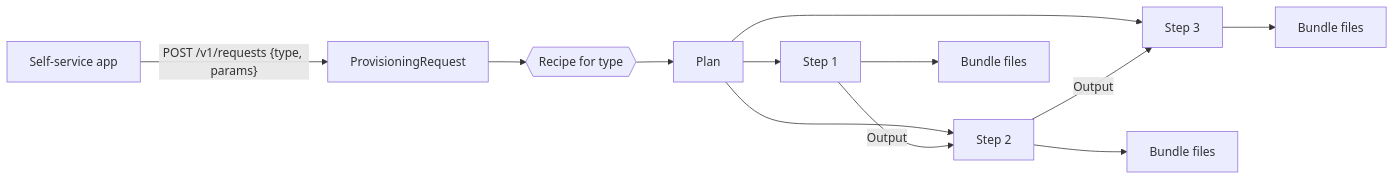
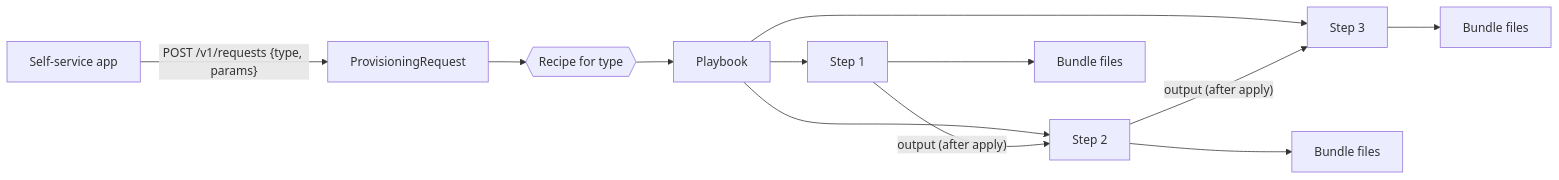
One commit to TaylorAHanson/terramate-api-wrapper changed the first of 6 diagrams in architecture.md. Above: the diagram before and after it, drawn with Mermaid. The commit also changed other lines of this file and 2 other files, not shown here.

First line of the commit message:
Restructure architecture proposal; finish Plan->Playbook rename

````diff
--- a/architecture.md
+++ b/architecture.md
@@ -60,14 +86,14 @@
 ```mermaid
 flowchart LR
   SS[Self-service app] -- "POST /v1/requests {type, params}" --> PR0[ProvisioningRequest]
   PR0 --> RC{{Recipe for type}}
-  RC --> PL[Plan]
+  RC --> PL[Playbook]
   PL --> S1[Step 1]
   PL --> S2[Step 2]
   PL --> S3[Step 3]
-  S1 -- Output --> S2
-  S2 -- Output --> S3
+  S1 -- "output (after apply)" --> S2
+  S2 -- "output (after apply)" --> S3
   S1 --> B1[Bundle files]
   S2 --> B2[Bundle files]
   S3 --> B3[Bundle files]
 ```
````
